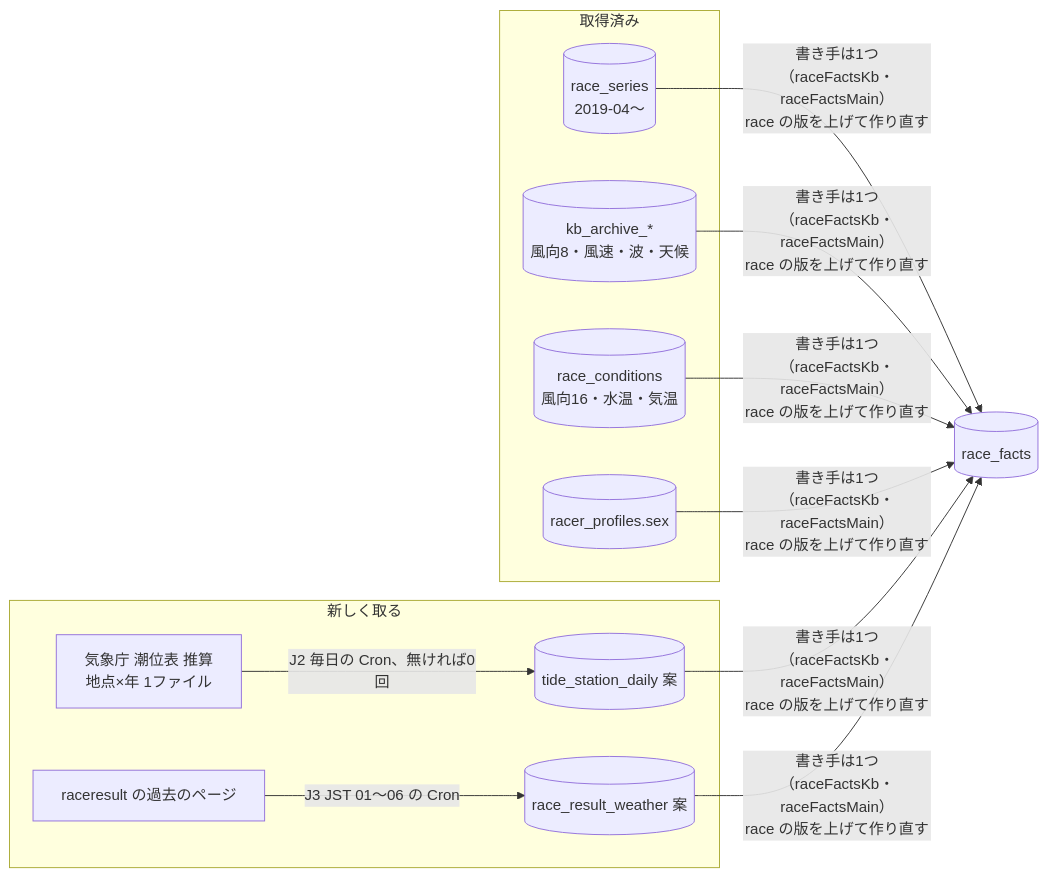
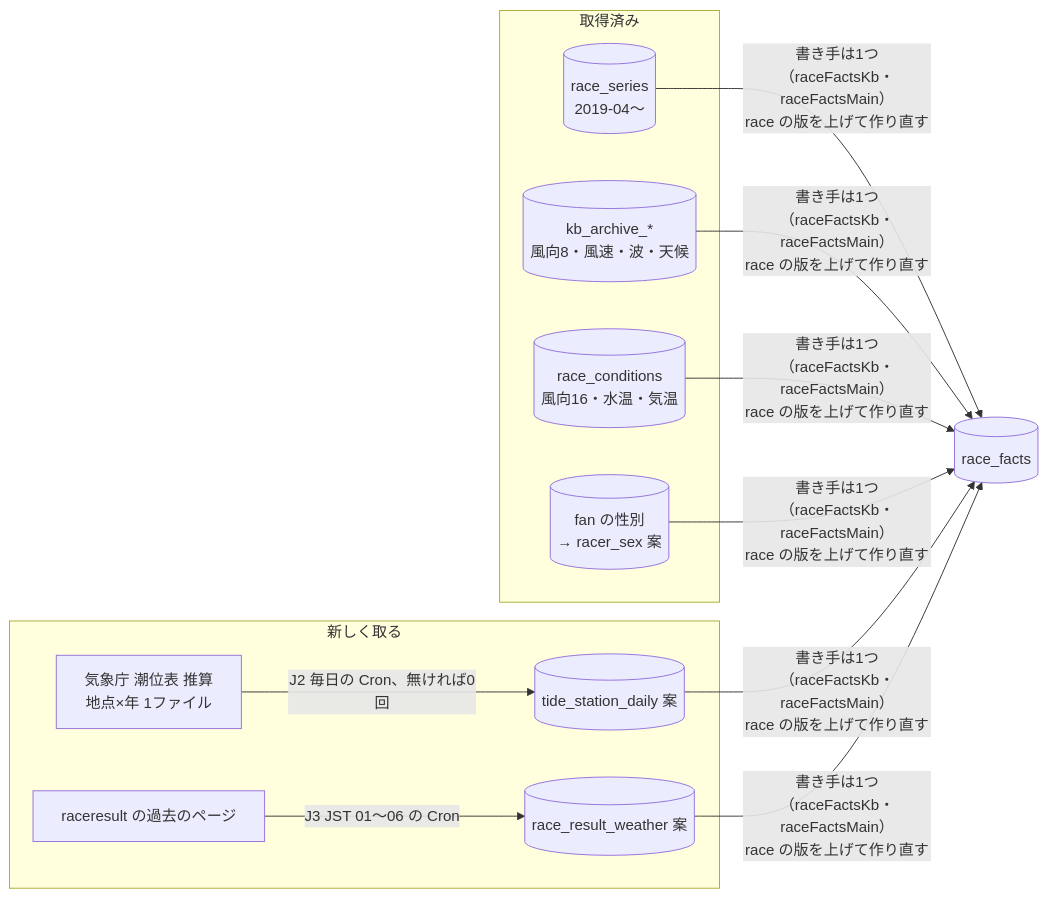
One commit to rhapsody0919/boatrace-ai-predictor changed the diagram in docs/design/data-gaps/plan.md. Above: the diagram before and after it, drawn with Mermaid. The commit also changed other lines of this file, not shown here.

First line of the commit message:
docs: J1b の性別の出所を racer_profiles.sex から新しい表 racer_sex に替える（Q8 の結果）

````diff
--- a/docs/design/data-gaps/plan.md
+++ b/docs/design/data-gaps/plan.md
@@ -31,14 +31,14 @@
 ```mermaid
 flowchart LR
   subgraph 取得済み
     RS[(race_series<br/>2019-04〜)]
     KA[(kb_archive_*<br/>風向8・風速・波・天候)]
     RC[(race_conditions<br/>風向16・水温・気温)]
-    RP[(racer_profiles.sex)]
+    RP[(fan の性別<br/>→ racer_sex 案)]
   end
   subgraph 新しく取る
     JMA[気象庁 潮位表 推算<br/>地点×年 1ファイル] -->|J2 毎日の Cron、無ければ0回| VT[(tide_station_daily 案)]
     RR[raceresult の過去のページ] -->|J3 JST 01〜06 の Cron| RW[(race_result_weather 案)]
   end
   RS & KA & RC & RP & VT & RW -->|書き手は1つ（raceFactsKb・raceFactsMain）<br/>race の版を上げて作り直す| F[(race_facts)]
 ```
````
